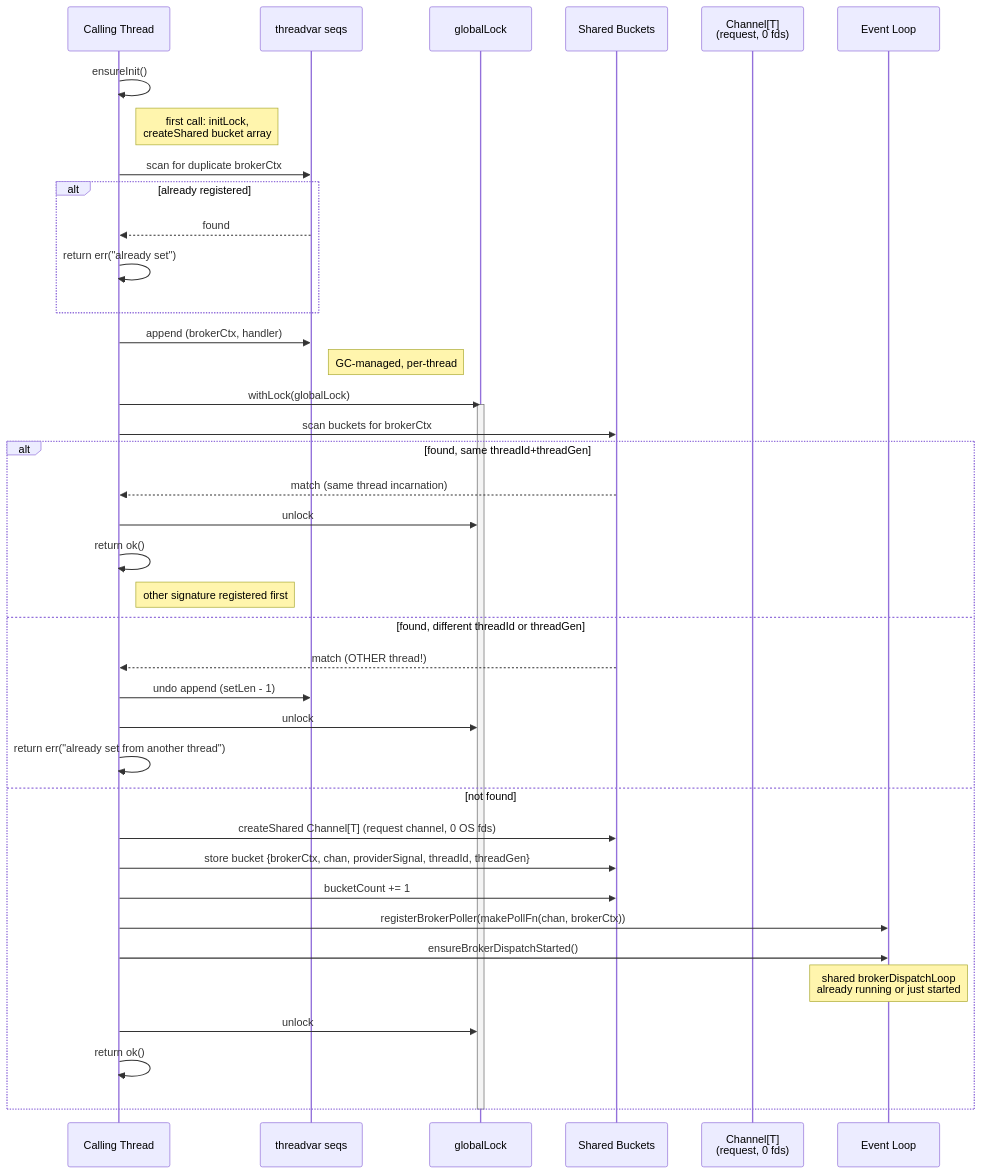
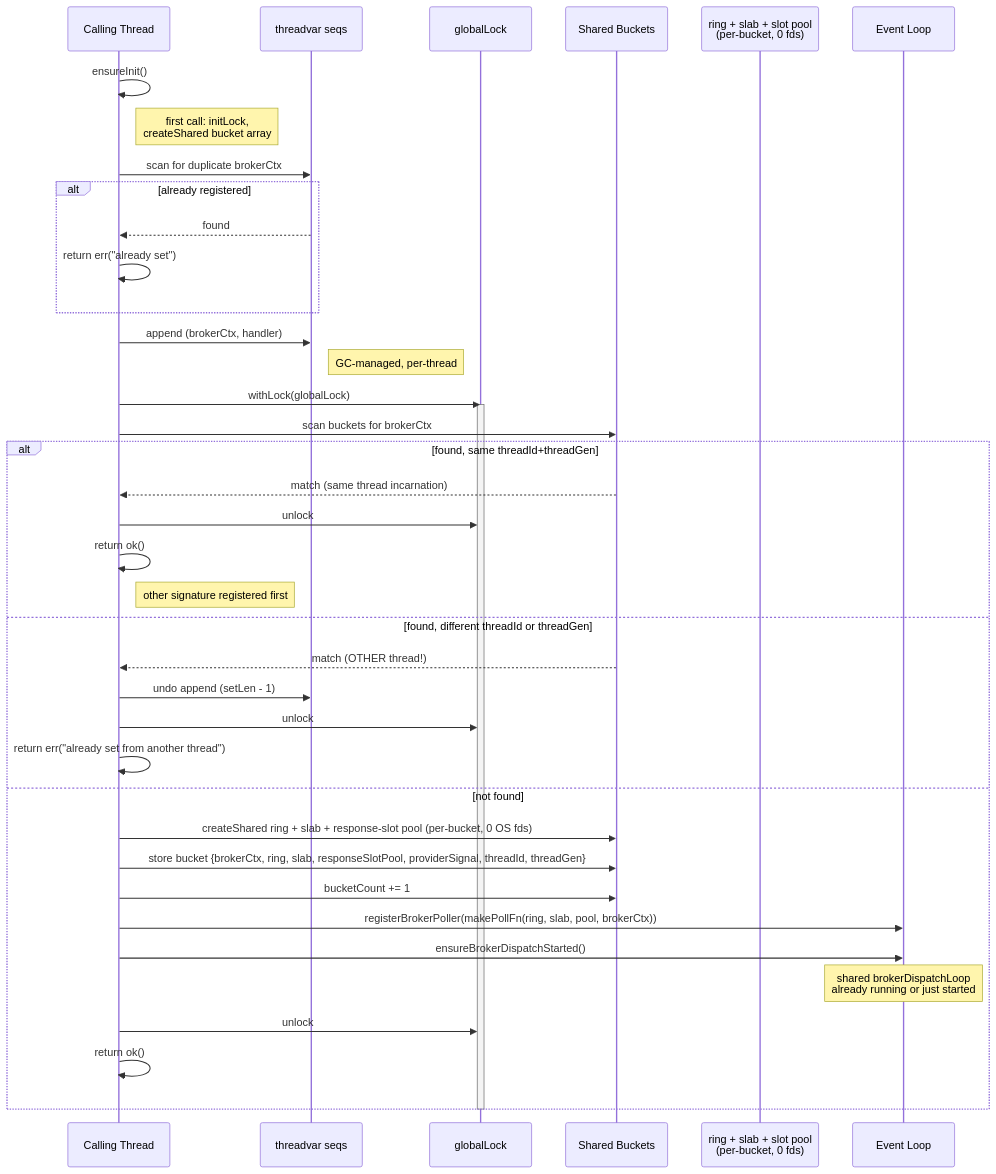
Before and after one commit to NagyZoltanPeter/nim-brokers: the third of 5 diagrams in doc/MultiThread_RequestBroker.md, drawn with Mermaid. The commit also changed other lines of this file and 1 other file, not shown here.

First line of the commit message:
Phase 5c: update MultiThread broker docs for ring + slab + pool design

````diff
--- a/doc/MultiThread_RequestBroker.md
+++ b/doc/MultiThread_RequestBroker.md
@@ -359,47 +373,47 @@
 ```mermaid
 sequenceDiagram
     participant CT as Calling Thread
     participant TV as threadvar seqs
     participant GL as globalLock
     participant B as Shared Buckets
-    participant CH as Channel[T]<br/>(request, 0 fds)
+    participant CH as ring + slab + slot pool<br/>(per-bucket, 0 fds)
     participant EL as Event Loop
 
     CT ->> CT: ensureInit()
     Note right of CT: first call: initLock,<br/>createShared bucket array
 
     CT ->> TV: scan for duplicate brokerCtx
     alt already registered
         TV -->> CT: found
         CT ->> CT: return err("already set")
     end
 
     CT ->> TV: append (brokerCtx, handler)
     Note right of TV: GC-managed, per-thread
 
     CT ->> GL: withLock(globalLock)
     activate GL
 
     CT ->> B: scan buckets for brokerCtx
     alt found, same threadId+threadGen
         B -->> CT: match (same thread incarnation)
         CT ->> GL: unlock
         CT ->> CT: return ok()
         Note right of CT: other signature registered first
     else found, different threadId or threadGen
         B -->> CT: match (OTHER thread!)
         CT ->> TV: undo append (setLen - 1)
         CT ->> GL: unlock
         CT ->> CT: return err("already set from another thread")
     else not found
-        CT ->> B: createShared Channel[T] (request channel, 0 OS fds)
-        CT ->> B: store bucket {brokerCtx, chan, providerSignal, threadId, threadGen}
+        CT ->> B: createShared ring + slab + response-slot pool (per-bucket, 0 OS fds)
+        CT ->> B: store bucket {brokerCtx, ring, slab, responseSlotPool, providerSignal, threadId, threadGen}
         CT ->> B: bucketCount += 1
-        CT ->> EL: registerBrokerPoller(makePollFn(chan, brokerCtx))
+        CT ->> EL: registerBrokerPoller(makePollFn(ring, slab, pool, brokerCtx))
         CT ->> EL: ensureBrokerDispatchStarted()
         Note over EL: shared brokerDispatchLoop<br/>already running or just started
         CT ->> GL: unlock
         CT ->> CT: return ok()
     end
     deactivate GL
 ```
````
